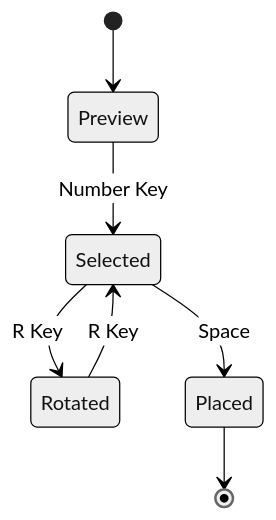
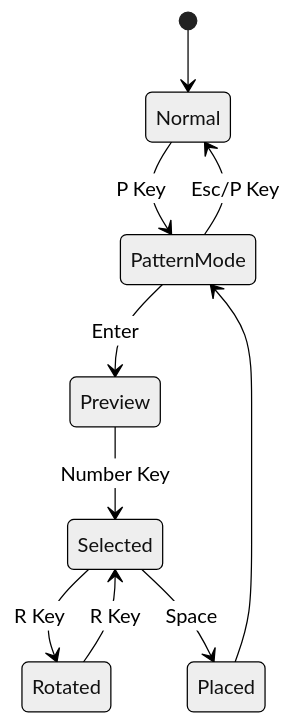
One commit to dewe/py-gol changed the sixth of 6 diagrams in docs/diagrams.md. Above: the diagram before and after it, drawn with Mermaid (neutral theme). The commit also changed other lines of this file and 7 other files, not shown here.

````diff
--- a/docs/diagrams.md
+++ b/docs/diagrams.md
@@ -161,13 +181,16 @@
 ```mermaid
 stateDiagram-v2
-    [*] --> Preview
+    [*] --> Normal
+    Normal --> PatternMode: P Key
+    PatternMode --> Preview: Enter
     Preview --> Selected: Number Key
     Selected --> Rotated: R Key
     Rotated --> Selected: R Key
     Selected --> Placed: Space
-    Placed --> [*]
+    Placed --> PatternMode
+    PatternMode --> Normal: Esc/P Key
 
     %% Styling
     classDef state fill:#e8f5e9,stroke:#1b5e20,stroke-width:2px;
-    class Preview,Selected,Rotated,Placed state;
+    class Normal,PatternMode,Preview,Selected,Rotated,Placed state;
 ```
````
